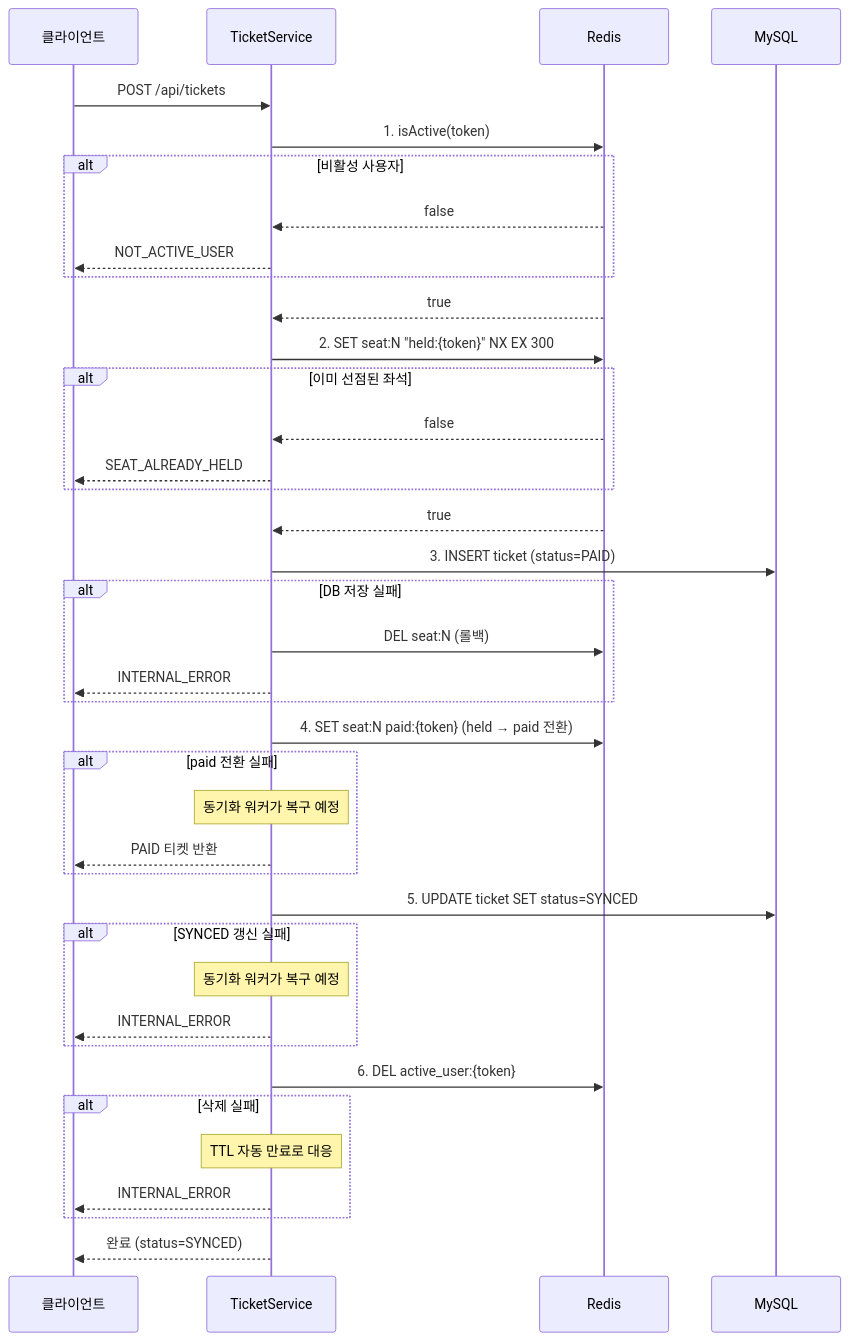
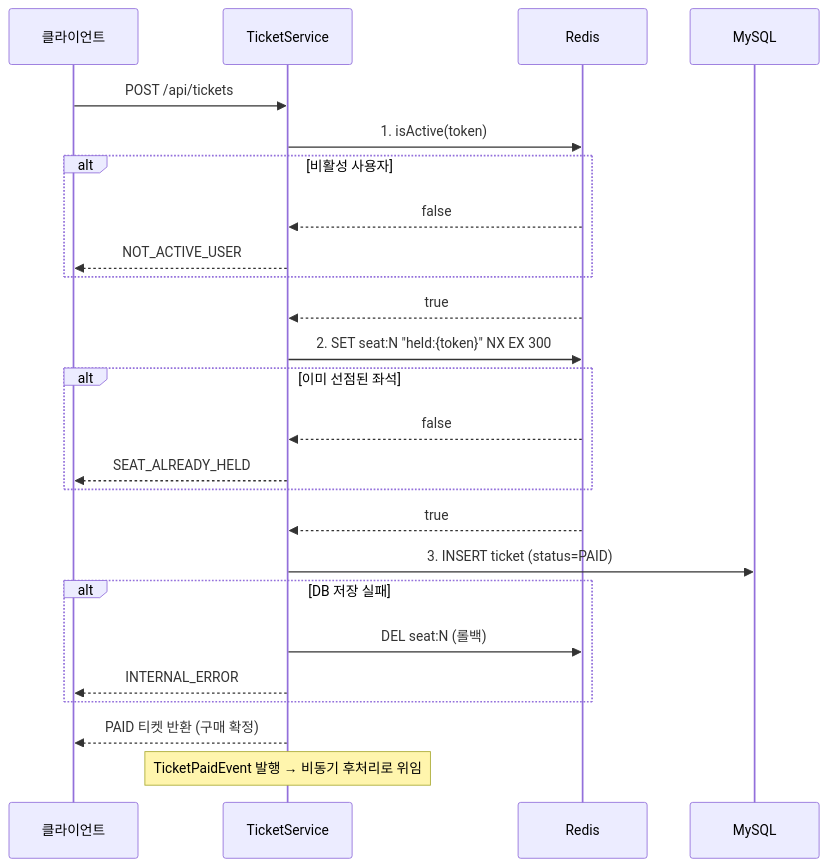
One commit to irnd04/zticket changed the sixth of 8 diagrams in README.md. Above: the diagram before and after it, drawn with Mermaid. The commit also changed other lines of this file, not shown here.

First line of the commit message:
docs: README 구매 플로우를 3단계 구조로 재구성

````diff
--- a/README.md
+++ b/README.md
@@ -173,48 +175,33 @@
 ```mermaid
 sequenceDiagram
     participant C as 클라이언트
     participant T as TicketService
     participant R as Redis
     participant DB as MySQL
 
     C->>T: POST /api/tickets
 
     T->>R: 1. isActive(token)
     alt 비활성 사용자
         R-->>T: false
         T-->>C: NOT_ACTIVE_USER
     end
     R-->>T: true
 
     T->>R: 2. SET seat:N "held:{token}" NX EX 300
     alt 이미 선점된 좌석
         R-->>T: false
         T-->>C: SEAT_ALREADY_HELD
     end
     R-->>T: true
 
     T->>DB: 3. INSERT ticket (status=PAID)
     alt DB 저장 실패
         T->>R: DEL seat:N (롤백)
         T-->>C: INTERNAL_ERROR
     end
 
-    T->>R: 4. SET seat:N paid:{token} (held → paid 전환)
-    alt paid 전환 실패
-        Note over T: 동기화 워커가 복구 예정
-        T-->>C: PAID 티켓 반환
-    end
+    T-->>C: PAID 티켓 반환 (구매 확정)
 
-    T->>DB: 5. UPDATE ticket SET status=SYNCED
-    alt SYNCED 갱신 실패
-        Note over T: 동기화 워커가 복구 예정
-        T-->>C: INTERNAL_ERROR
-    end
-
-    T->>R: 6. DEL active_user:{token}
-    alt 삭제 실패
-        Note over T: TTL 자동 만료로 대응
-        T-->>C: INTERNAL_ERROR
-    end
-    T-->>C: 완료 (status=SYNCED)
+    Note over T: TicketPaidEvent 발행 → 비동기 후처리로 위임
 ```
````
